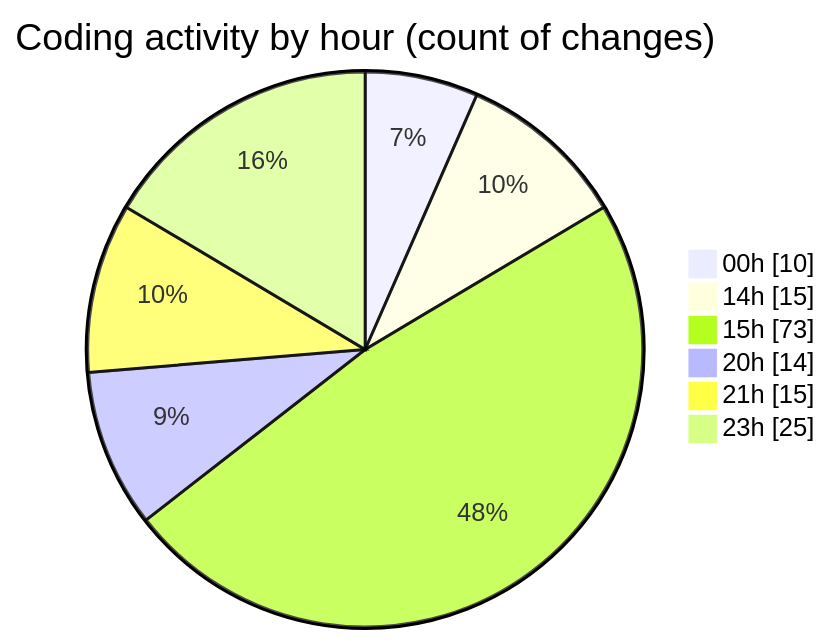
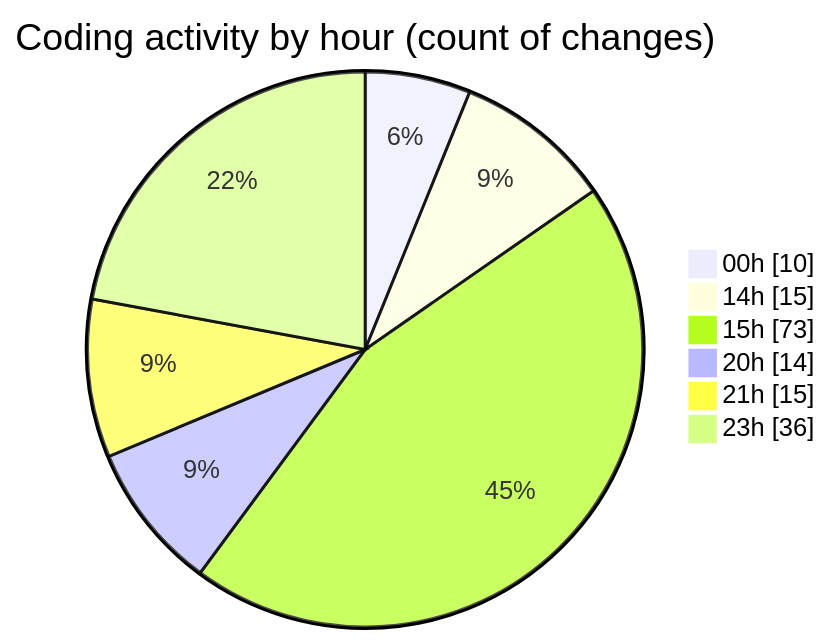
Before and after one commit to Netris89/code-tracking: the second of 2 diagrams in 2025-04-07/echo/README.md, drawn with Mermaid. The commit also changed other lines of this file and 1 other file, not shown here.

````diff
--- a/2025-04-07/echo/README.md
+++ b/2025-04-07/echo/README.md
@@ -41,10 +41,10 @@
 ```mermaid
 pie showData
 title Coding activity by hour (count of changes)
 "00h" : 10
 "14h" : 15
 "15h" : 73
 "20h" : 14
 "21h" : 15
-"23h" : 25
+"23h" : 36
 ```
````
